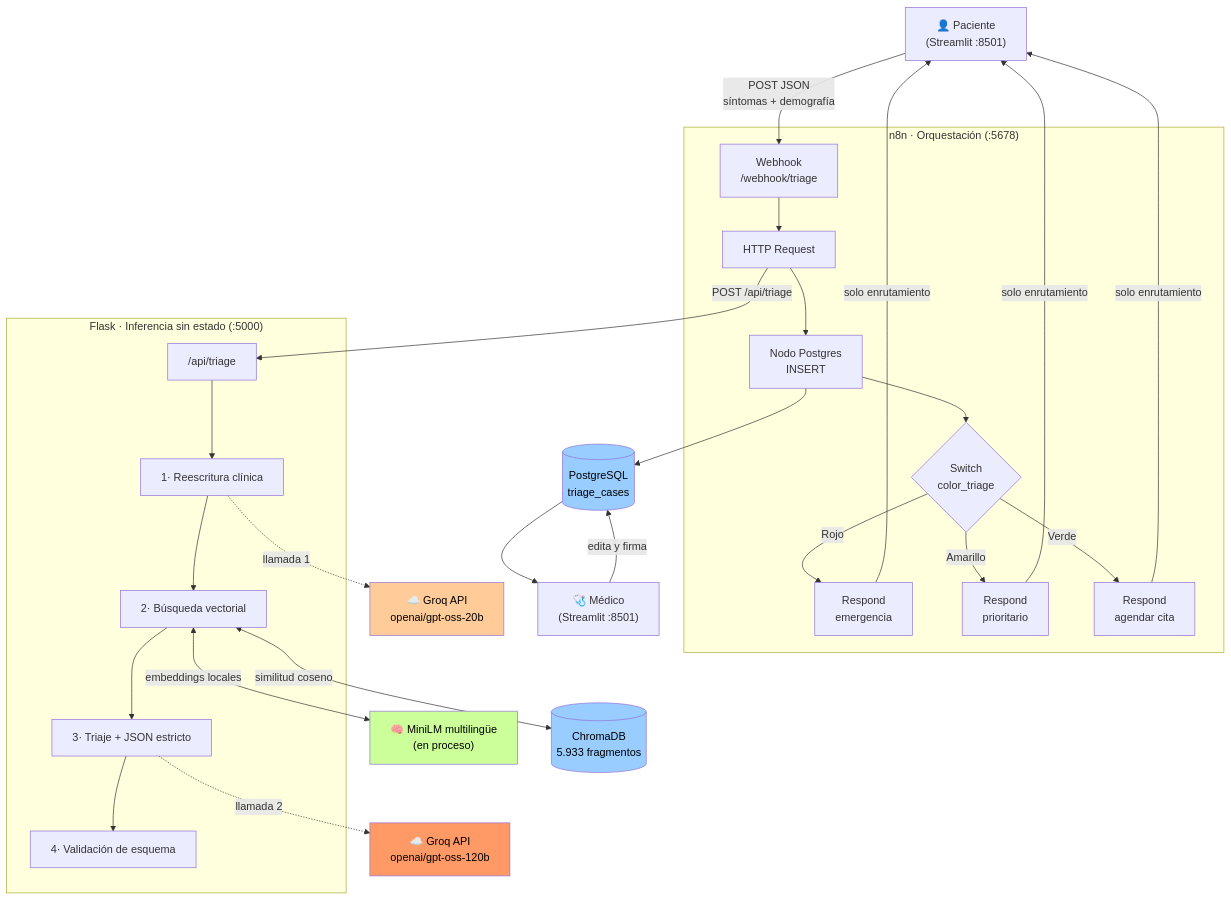
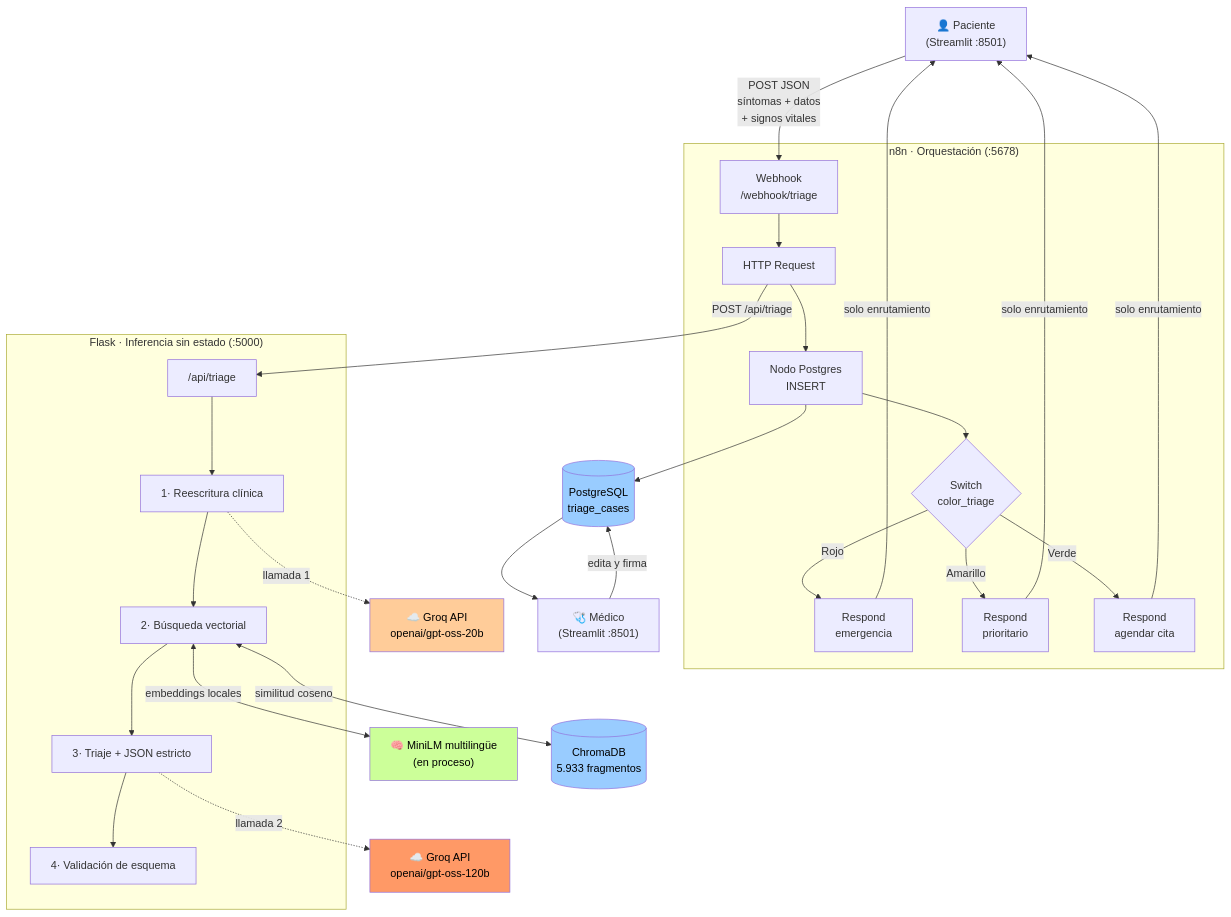
Before and after one commit to VinicioStalinSalcedo/triage-bot: the diagram in ARCHITECTURE.md, drawn with Mermaid. The commit also changed other lines of this file and 9 other files, not shown here.

````diff
--- a/ARCHITECTURE.md
+++ b/ARCHITECTURE.md
@@ -10,39 +67,39 @@
 ```mermaid
 flowchart TD
-    P["👤 Paciente<br/>(Streamlit :8501)"] -->|"POST JSON<br/>síntomas + demografía"| W
+    P["👤 Paciente<br/>(Streamlit :8501)"] -->|"POST JSON<br/>síntomas + datos<br/>+ signos vitales"| W
 
     subgraph N8N["n8n · Orquestación (:5678)"]
         W["Webhook<br/>/webhook/triage"] --> H["HTTP Request"]
         H --> PG["Nodo Postgres<br/>INSERT"]
         PG --> SW{"Switch<br/>color_triage"}
         SW -->|Rojo| R1["Respond<br/>emergencia"]
         SW -->|Amarillo| R2["Respond<br/>prioritario"]
         SW -->|Verde| R3["Respond<br/>agendar cita"]
     end
 
     H -->|"POST /api/triage"| F
 
     subgraph BACK["Flask · Inferencia sin estado (:5000)"]
         F["/api/triage"] --> Q["1· Reescritura clínica"]
         Q --> V["2· Búsqueda vectorial"]
         V --> L["3· Triaje + JSON estricto"]
         L --> VAL["4· Validación de esquema"]
     end
 
     Q -.->|"llamada 1"| G2["☁️ Groq API<br/>openai/gpt-oss-20b"]
     L -.->|"llamada 2"| G["☁️ Groq API<br/>openai/gpt-oss-120b"]
     V <-->|"embeddings locales"| E["🧠 MiniLM multilingüe<br/>(en proceso)"]
     V <-->|"similitud coseno"| C[("ChromaDB<br/>5.933 fragmentos")]
 
     PG --> DB[("PostgreSQL<br/>triage_cases")]
     R1 & R2 & R3 -->|"solo enrutamiento"| P
 
     DB --> M["🩺 Médico<br/>(Streamlit :8501)"]
     M -->|"edita y firma"| DB
 
     style G fill:#f96,color:#000
     style G2 fill:#fc9,color:#000
     style C fill:#9cf,color:#000
     style DB fill:#9cf,color:#000
     style E fill:#cf9,color:#000
 ```
````
